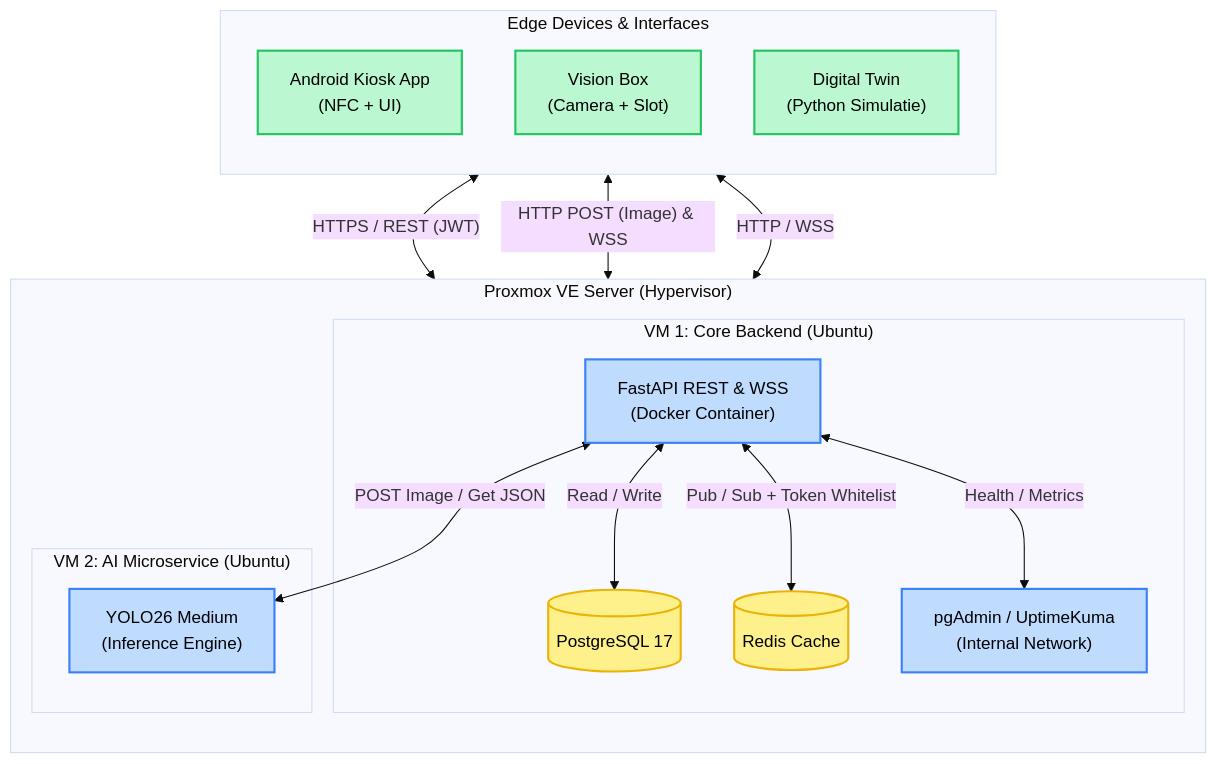
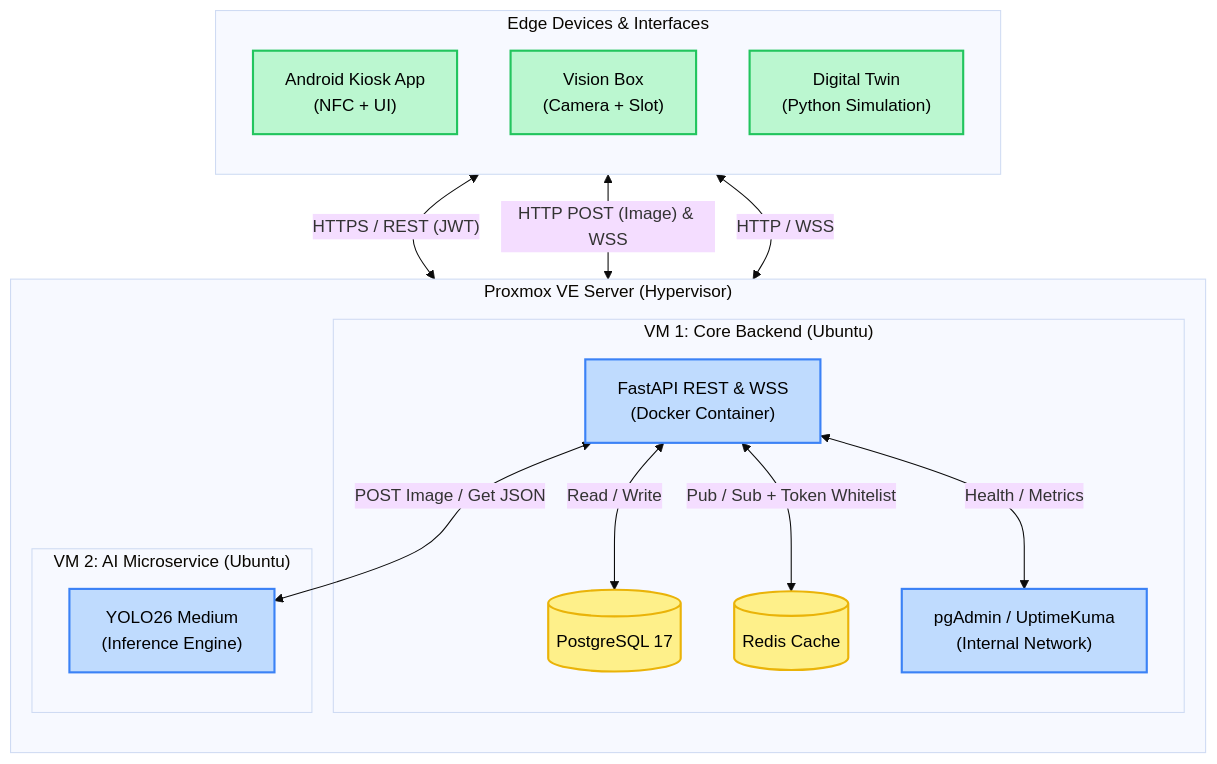
Before and after one commit to easylend-practice-enterprise/easylend: the first of 3 diagrams in docs/architecture.md, drawn with Mermaid (base theme). The commit also changed other lines of this file and 39 other files, not shown here.

````diff
--- a/docs/architecture.md
+++ b/docs/architecture.md
@@ -11,40 +11,40 @@
 ```mermaid
 flowchart TD
-    %% STIJLEN
+    %% STYLES
     classDef container fill:#bfdbfe,stroke:#3b82f6,stroke-width:2px,color:#000;
     classDef db fill:#fef08a,stroke:#eab308,stroke-width:2px,color:#000;
     classDef edge fill:#bbf7d0,stroke:#22c55e,stroke-width:2px,color:#000;
 
     subgraph Edge ["Edge Devices & Interfaces"]
         direction TB
         K["Android Kiosk App<br/>(NFC + UI)"]:::edge
         V["Vision Box<br/>(Camera + Slot)"]:::edge
-        S["Digital Twin<br/>(Python Simulatie)"]:::edge
+        S["Digital Twin<br/>(Python Simulation)"]:::edge
     end
 
     subgraph Proxmox ["Proxmox VE Server (Hypervisor)"]
         direction TB
         
         subgraph VM1 ["VM 1: Core Backend (Ubuntu)"]
             API["FastAPI REST & WSS<br/>(Docker Container)"]:::container
             DB[("PostgreSQL 17")]:::db
             REDIS[("Redis Cache")]:::db
             MONITOR["pgAdmin / UptimeKuma<br/>(Internal Network)"]:::container
         end
 
         subgraph VM2 ["VM 2: AI Microservice (Ubuntu)"]
             YOLO["YOLO26 Medium<br/>(Inference Engine)"]:::container
         end
     end
 
     %% Connections
     K <-->|"HTTPS / REST (JWT)"| API
     V <-->|"HTTP POST (Image) & WSS"| API
     S <-->|"HTTP / WSS"| API
     
     API <-->|"Read / Write"| DB
     API <-->|"Pub / Sub + Token Whitelist"| REDIS
     API <-->|"POST Image / Get JSON"| YOLO
     API <-->|"Health / Metrics"| MONITOR
 
 ```
````
